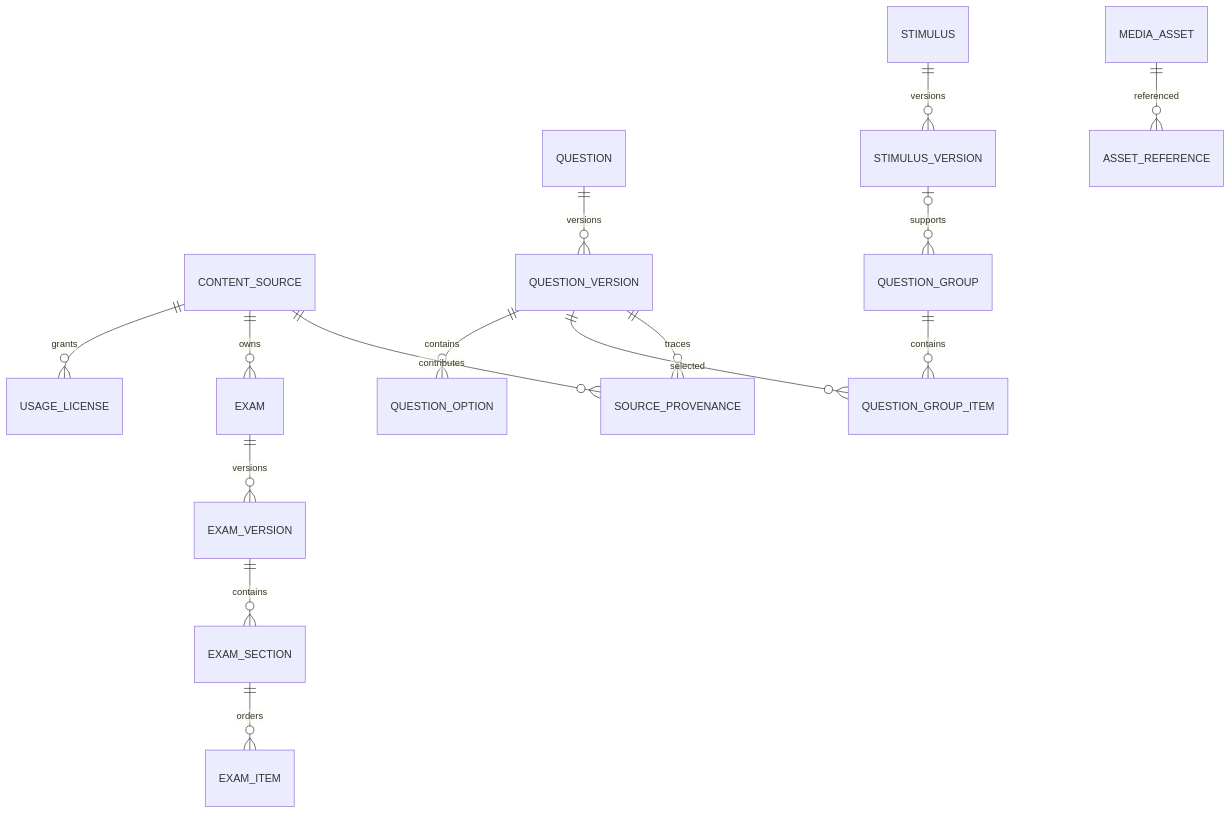
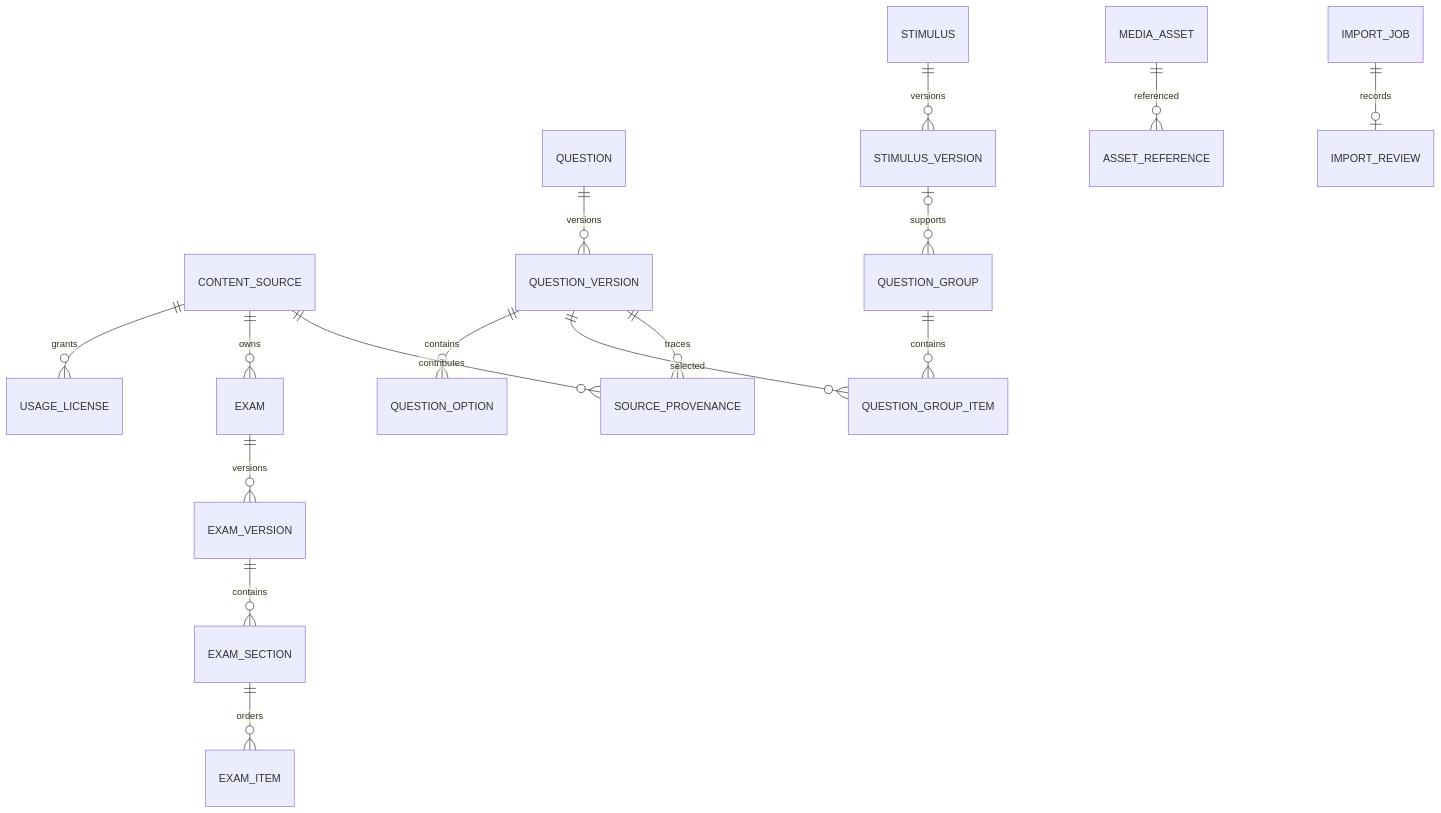
The diagram in docs/DATA_MODEL.md (Datkoishi/martinlearningsystems), drawn with Mermaid before and after one commit. The commit also changed other lines of this file and 27 other files, not shown here.

````diff
--- a/docs/DATA_MODEL.md
+++ b/docs/DATA_MODEL.md
@@ -5,17 +5,18 @@
 ```mermaid
 erDiagram
   CONTENT_SOURCE ||--o{ USAGE_LICENSE : grants
   CONTENT_SOURCE ||--o{ EXAM : owns
   EXAM ||--o{ EXAM_VERSION : versions
   EXAM_VERSION ||--o{ EXAM_SECTION : contains
   EXAM_SECTION ||--o{ EXAM_ITEM : orders
   QUESTION ||--o{ QUESTION_VERSION : versions
   QUESTION_VERSION ||--o{ QUESTION_OPTION : contains
   STIMULUS ||--o{ STIMULUS_VERSION : versions
   STIMULUS_VERSION o|--o{ QUESTION_GROUP : supports
   QUESTION_GROUP ||--o{ QUESTION_GROUP_ITEM : contains
   QUESTION_VERSION ||--o{ QUESTION_GROUP_ITEM : selected
   MEDIA_ASSET ||--o{ ASSET_REFERENCE : referenced
   QUESTION_VERSION ||--o{ SOURCE_PROVENANCE : traces
   CONTENT_SOURCE ||--o{ SOURCE_PROVENANCE : contributes
+  IMPORT_JOB ||--o| IMPORT_REVIEW : records
 ```
````
